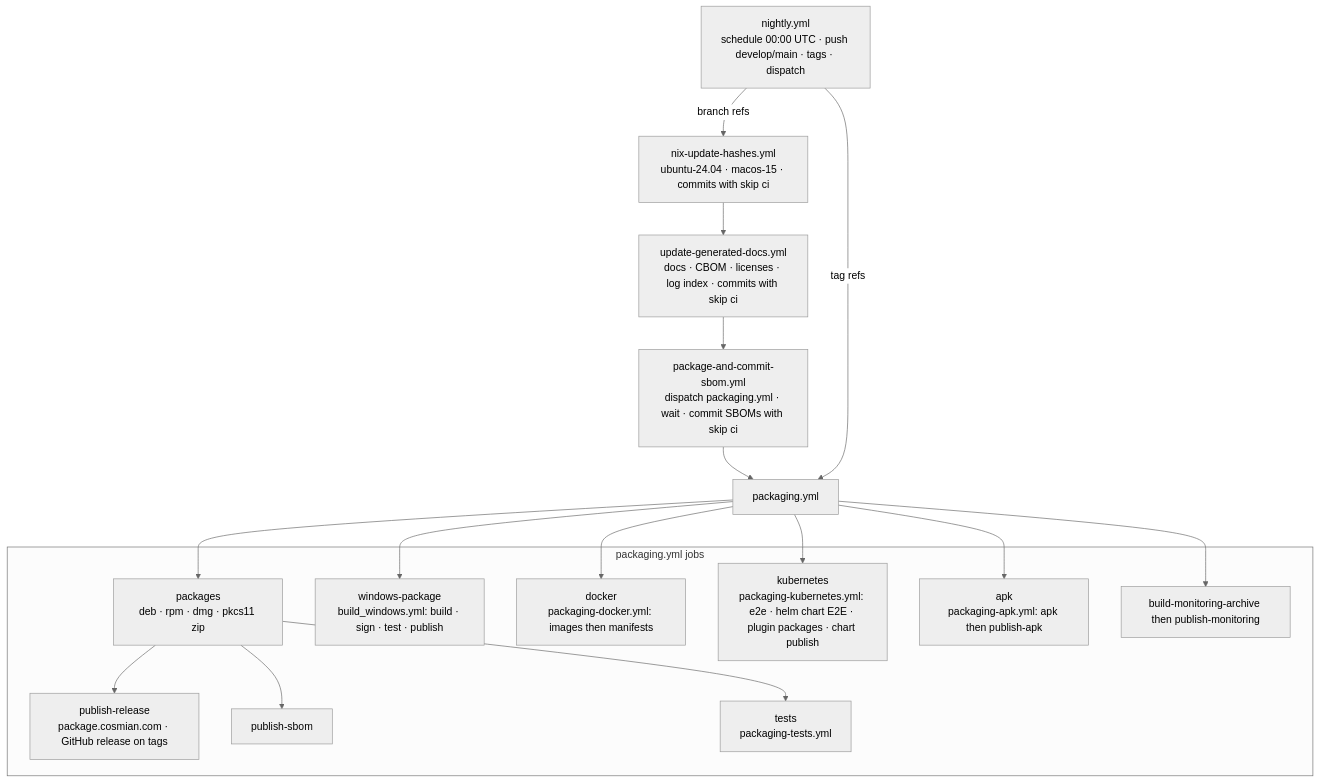
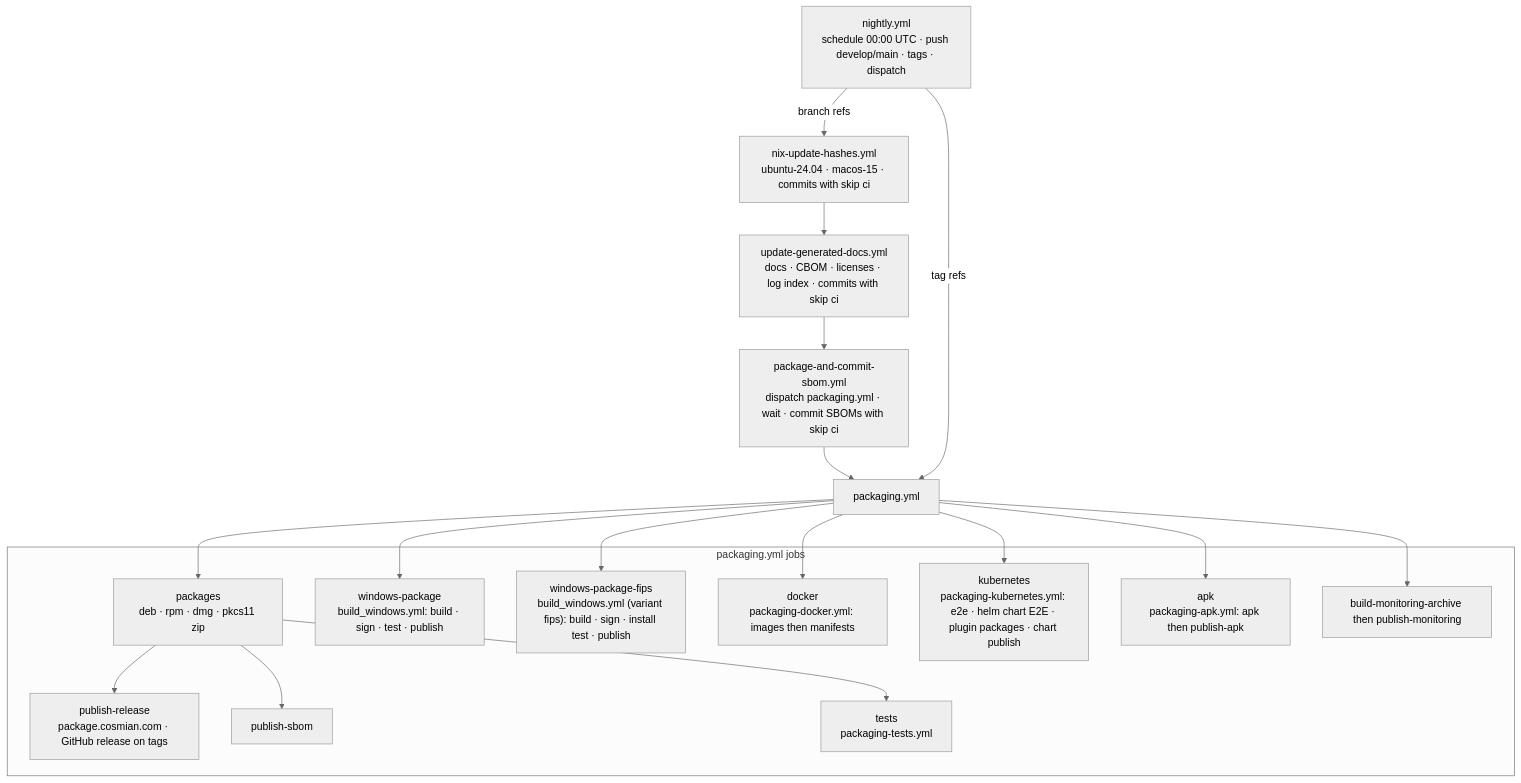
The diagram in .github/workflows/README_nightly.md (Cosmian/kms), drawn with Mermaid (neutral theme) before and after one commit. The commit also changed 14 other files, not shown here.

First line of the commit message:
ci(windows): package a FIPS server installer and share the Windows PowerShell helpers

````diff
--- a/.github/workflows/README_nightly.md
+++ b/.github/workflows/README_nightly.md
@@ -14,23 +14,24 @@
 ```mermaid
 flowchart TB
     Nightly["nightly.yml<br/>schedule 00:00 UTC · push develop/main · tags · dispatch"]
     Hashes["nix-update-hashes.yml<br/>ubuntu-24.04 · macos-15 · commits with skip ci"]
     Docs["update-generated-docs.yml<br/>docs · CBOM · licenses · log index · commits with skip ci"]
     Trigger["package-and-commit-sbom.yml<br/>dispatch packaging.yml · wait · commit SBOMs with skip ci"]
     Pkg["packaging.yml"]
     Nightly -- "branch refs" --> Hashes --> Docs --> Trigger --> Pkg
     Nightly -- "tag refs" --> Pkg
     subgraph PkgJobs["packaging.yml jobs"]
         Packages["packages<br/>deb · rpm · dmg · pkcs11 zip"]
         PubRel["publish-release<br/>package.cosmian.com · GitHub release on tags"]
         PubSbom["publish-sbom"]
         PkgTests["tests<br/>packaging-tests.yml"]
         WinPkg["windows-package<br/>build_windows.yml: build · sign · test · publish"]
+        WinPkgFips["windows-package-fips<br/>build_windows.yml (variant fips): build · sign · install test · publish"]
         Docker["docker<br/>packaging-docker.yml: images then manifests"]
         K8s["kubernetes<br/>packaging-kubernetes.yml: e2e · helm chart E2E · plugin packages · chart publish"]
         Apk["apk<br/>packaging-apk.yml: apk then publish-apk"]
         Mon["build-monitoring-archive then publish-monitoring"]
     end
-    Pkg --> Packages & WinPkg & Docker & K8s & Apk & Mon
+    Pkg --> Packages & WinPkg & WinPkgFips & Docker & K8s & Apk & Mon
     Packages --> PubRel & PubSbom & PkgTests
 ```
````
